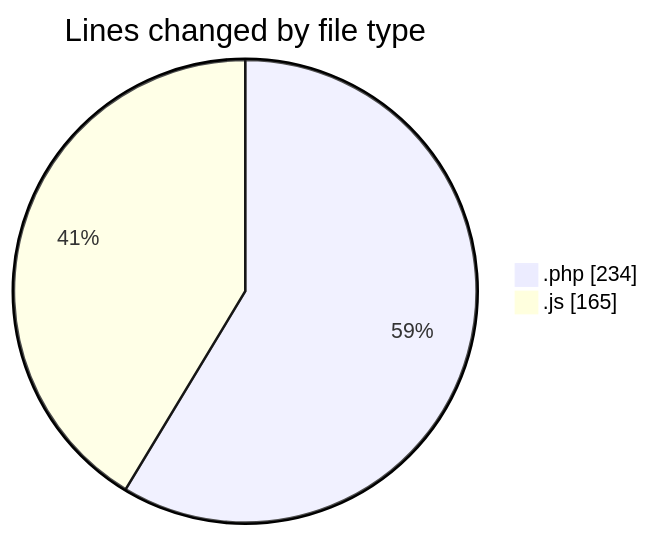
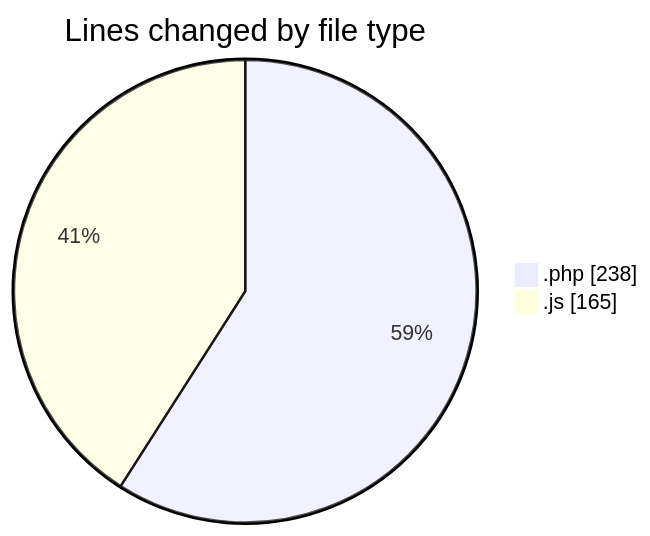
Before and after one commit to LanceThiago/code-tracking: the first of 2 diagrams in 2025-04-11/web/README.md, drawn with Mermaid. The commit also changed other lines of this file and 1 other file, not shown here.

````diff
--- a/2025-04-11/web/README.md
+++ b/2025-04-11/web/README.md
@@ -21,6 +21,6 @@
 ```mermaid
 pie showData
 title Lines changed by file type
-".php" : 234
+".php" : 238
 ".js" : 165
 ```
````
